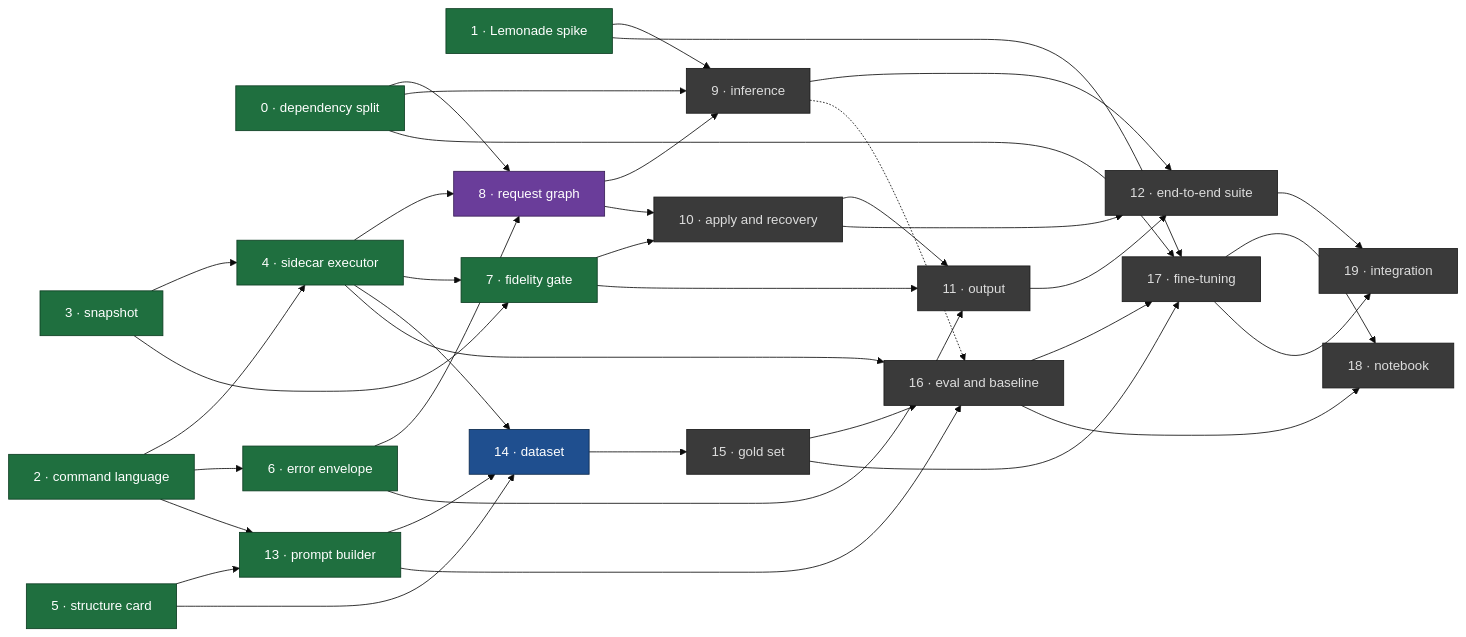
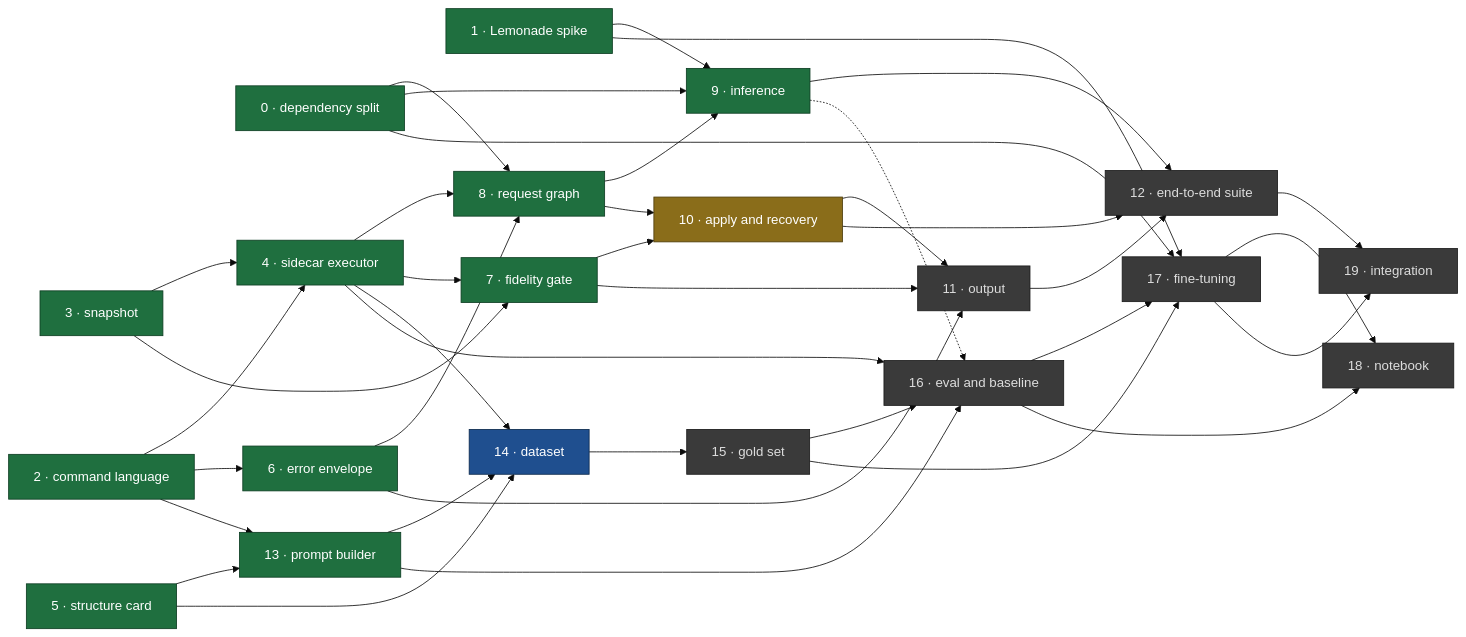
Before and after one commit to urban233/pymol-copilot: the diagram in docs/master_plan.md, drawn with Mermaid (base theme). The commit also changed other lines of this file and 18 other files, not shown here.

````diff
--- a/docs/master_plan.md
+++ b/docs/master_plan.md
@@ -112,67 +112,67 @@
 ```mermaid
 flowchart LR
   classDef done fill:#1f6f3f,stroke:#0d3d22,color:#fff
   classDef review fill:#8a6d1a,stroke:#4d3c0c,color:#fff
   classDef ready fill:#1f4f8f,stroke:#0d2a4d,color:#fff
   classDef progress fill:#6a3d9a,stroke:#3a1f57,color:#fff
   classDef blocked fill:#3a3a3a,stroke:#1a1a1a,color:#ddd
 
   I0["0 · dependency split"]:::done
   I1["1 · Lemonade spike"]:::done
   I2["2 · command language"]:::done
   I3["3 · snapshot"]:::done
   I4["4 · sidecar executor"]:::done
   I5["5 · structure card"]:::done
   I6["6 · error envelope"]:::done
   I7["7 · fidelity gate"]:::done
-  I8["8 · request graph"]:::progress
-  I9["9 · inference"]:::blocked
-  I10["10 · apply and recovery"]:::blocked
+  I8["8 · request graph"]:::done
+  I9["9 · inference"]:::done
+  I10["10 · apply and recovery"]:::review
   I11["11 · output"]:::blocked
   I12["12 · end-to-end suite"]:::blocked
   I13["13 · prompt builder"]:::done
   I14["14 · dataset"]:::ready
   I15["15 · gold set"]:::blocked
   I16["16 · eval and baseline"]:::blocked
   I17["17 · fine-tuning"]:::blocked
   I18["18 · notebook"]:::blocked
   I19["19 · integration"]:::blocked
 
   I2 --> I4
   I3 --> I4
   I2 --> I6
   I0 --> I8
   I4 --> I8
   I6 --> I8
   I3 --> I7
   I4 --> I7
   I0 --> I9
   I1 --> I9
   I8 --> I9
   I7 --> I10
   I8 --> I10
   I6 --> I11
   I7 --> I11
   I10 --> I11
   I9 --> I12
   I10 --> I12
   I11 --> I12
   I2 --> I13
   I5 --> I13
   I4 --> I14
   I5 --> I14
   I13 --> I14
   I14 --> I15
   I15 --> I16
   I13 --> I16
   I4 --> I16
   I9 -.-> I16
   I1 --> I17
   I0 --> I17
   I15 --> I17
   I16 --> I17
   I16 --> I18
   I17 --> I18
   I12 --> I19
   I17 --> I19
 ```
````
